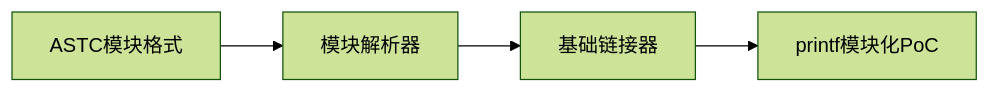
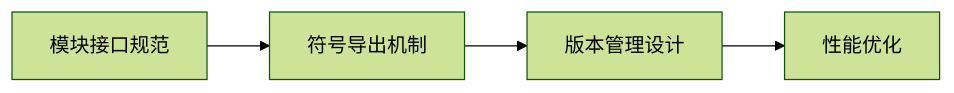
Before and after one commit to wanjochan/self-evolve-ai: the third of 5 diagrams in docs/cursor.md, drawn with Mermaid (forest theme). The commit also changed other lines of this file and 23 other files, not shown here.

````diff
--- a/docs/cursor.md
+++ b/docs/cursor.md
@@ -276,6 +262,6 @@
 ```mermaid
 graph LR
-    A[ASTC模块格式] --> B[模块解析器]
-    B --> C[基础链接器]
-    C --> D[printf模块化PoC]
+    A[模块接口规范] --> B[符号导出机制]
+    B --> C[版本管理设计]
+    C --> D[性能优化]
 ```
````
